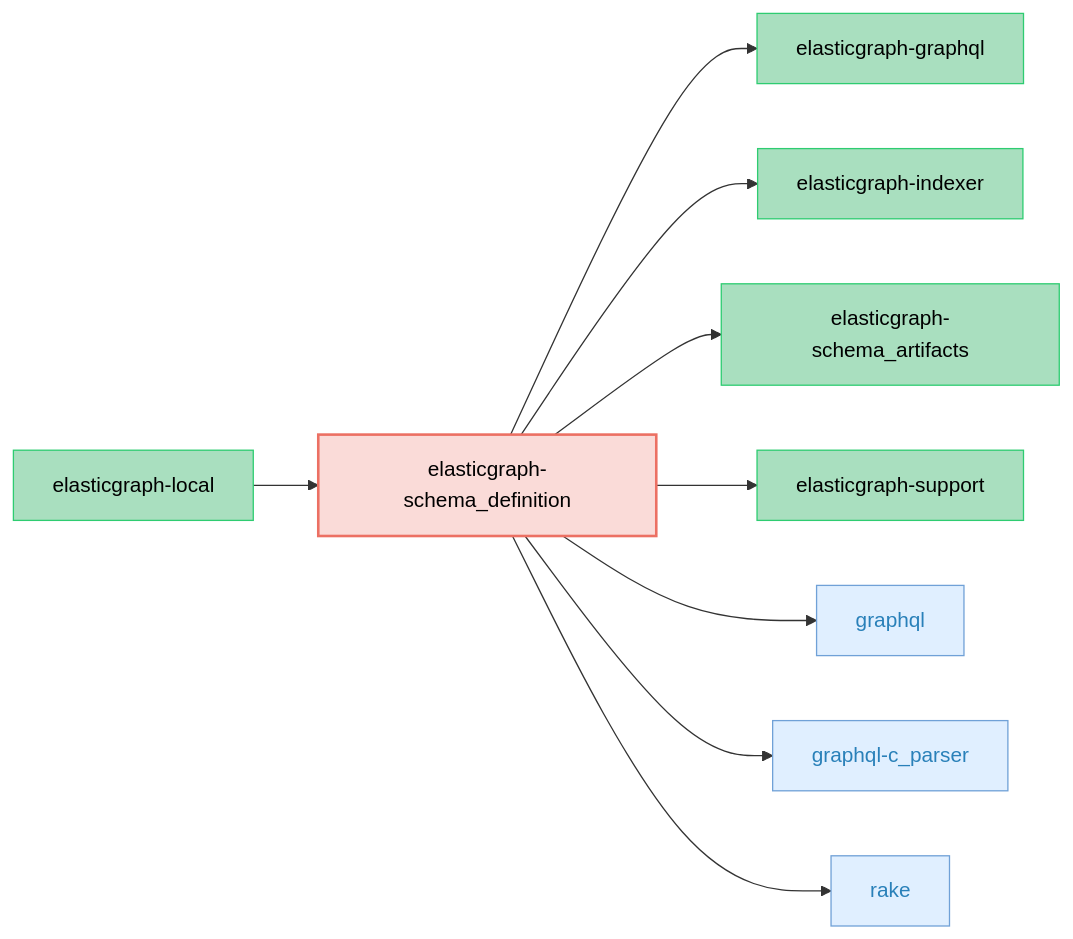
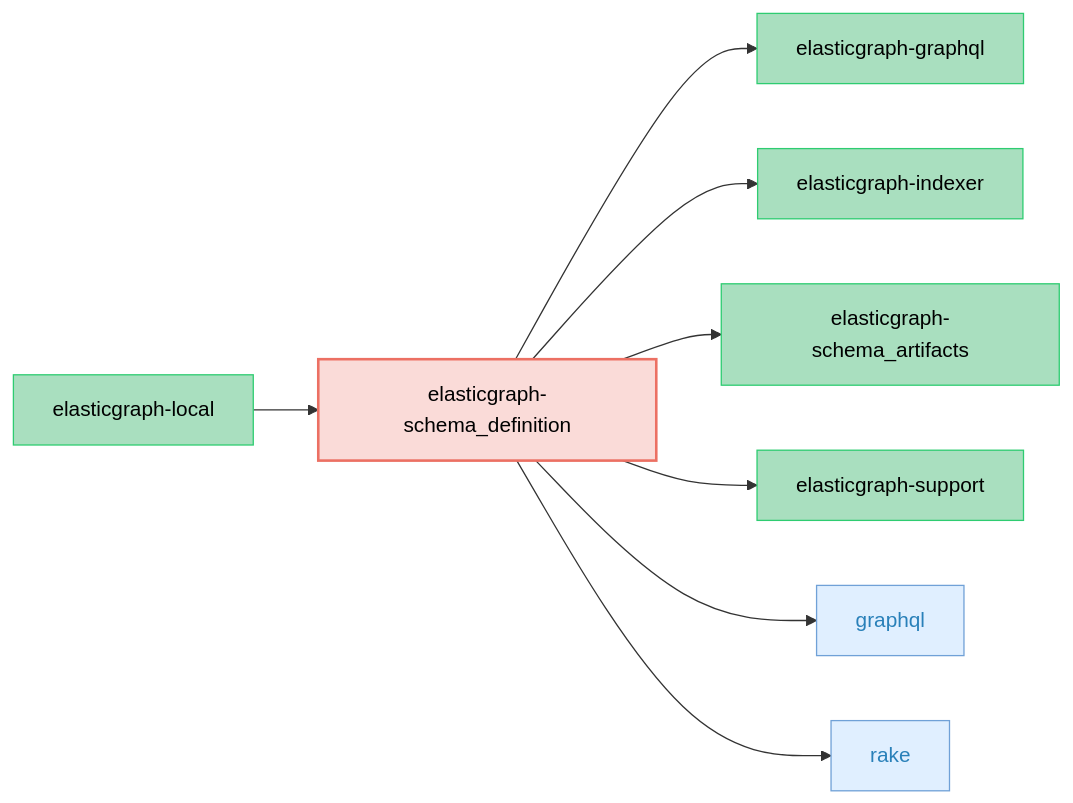
Before and after one commit to block/elasticgraph: the diagram in elasticgraph-schema_definition/README.md, drawn with Mermaid. The commit also changed 18 other files, not shown here.

Commit message:
Make graphql-c_parser optional with warning when unavailable

````diff
--- a/elasticgraph-schema_definition/README.md
+++ b/elasticgraph-schema_definition/README.md
@@ -11,35 +11,31 @@
 ```mermaid
 graph LR;
     classDef targetGemStyle fill:#FADBD8,stroke:#EC7063,color:#000,stroke-width:2px;
     classDef otherEgGemStyle fill:#A9DFBF,stroke:#2ECC71,color:#000;
     classDef externalGemStyle fill:#E0EFFF,stroke:#70A1D7,color:#2980B9;
     elasticgraph-schema_definition["elasticgraph-schema_definition"];
     class elasticgraph-schema_definition targetGemStyle;
     elasticgraph-graphql["elasticgraph-graphql"];
     elasticgraph-schema_definition --> elasticgraph-graphql;
     class elasticgraph-graphql otherEgGemStyle;
     elasticgraph-indexer["elasticgraph-indexer"];
     elasticgraph-schema_definition --> elasticgraph-indexer;
     class elasticgraph-indexer otherEgGemStyle;
     elasticgraph-schema_artifacts["elasticgraph-schema_artifacts"];
     elasticgraph-schema_definition --> elasticgraph-schema_artifacts;
     class elasticgraph-schema_artifacts otherEgGemStyle;
     elasticgraph-support["elasticgraph-support"];
     elasticgraph-schema_definition --> elasticgraph-support;
     class elasticgraph-support otherEgGemStyle;
     graphql["graphql"];
     elasticgraph-schema_definition --> graphql;
     class graphql externalGemStyle;
-    graphql-c_parser["graphql-c_parser"];
-    elasticgraph-schema_definition --> graphql-c_parser;
-    class graphql-c_parser externalGemStyle;
     rake["rake"];
     elasticgraph-schema_definition --> rake;
     class rake externalGemStyle;
     elasticgraph-local["elasticgraph-local"];
     elasticgraph-local --> elasticgraph-schema_definition;
     class elasticgraph-local otherEgGemStyle;
     click graphql href "https://rubygems.org/gems/graphql" "Open on RubyGems.org" _blank;
-    click graphql-c_parser href "https://rubygems.org/gems/graphql-c_parser" "Open on RubyGems.org" _blank;
     click rake href "https://rubygems.org/gems/rake" "Open on RubyGems.org" _blank;
 ```
````
